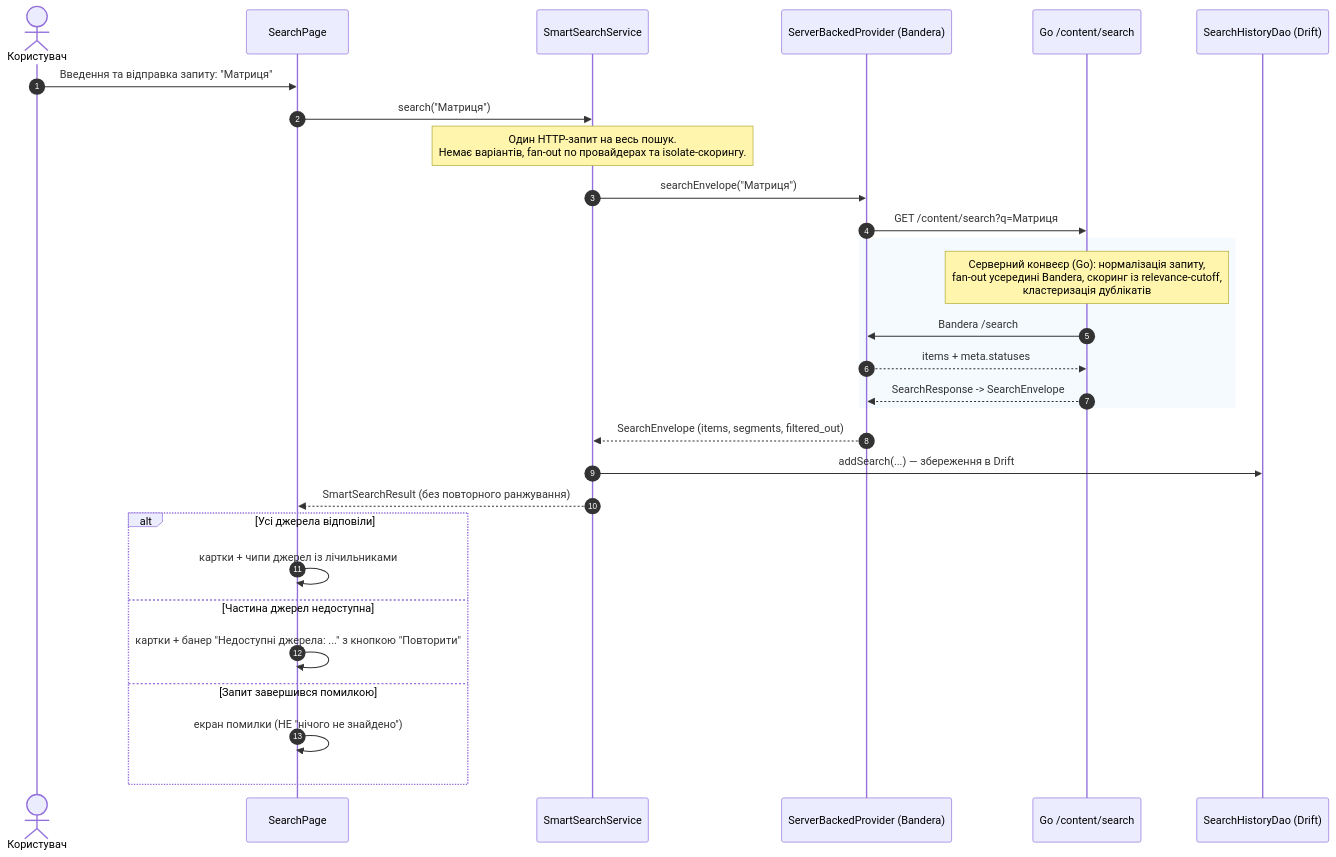
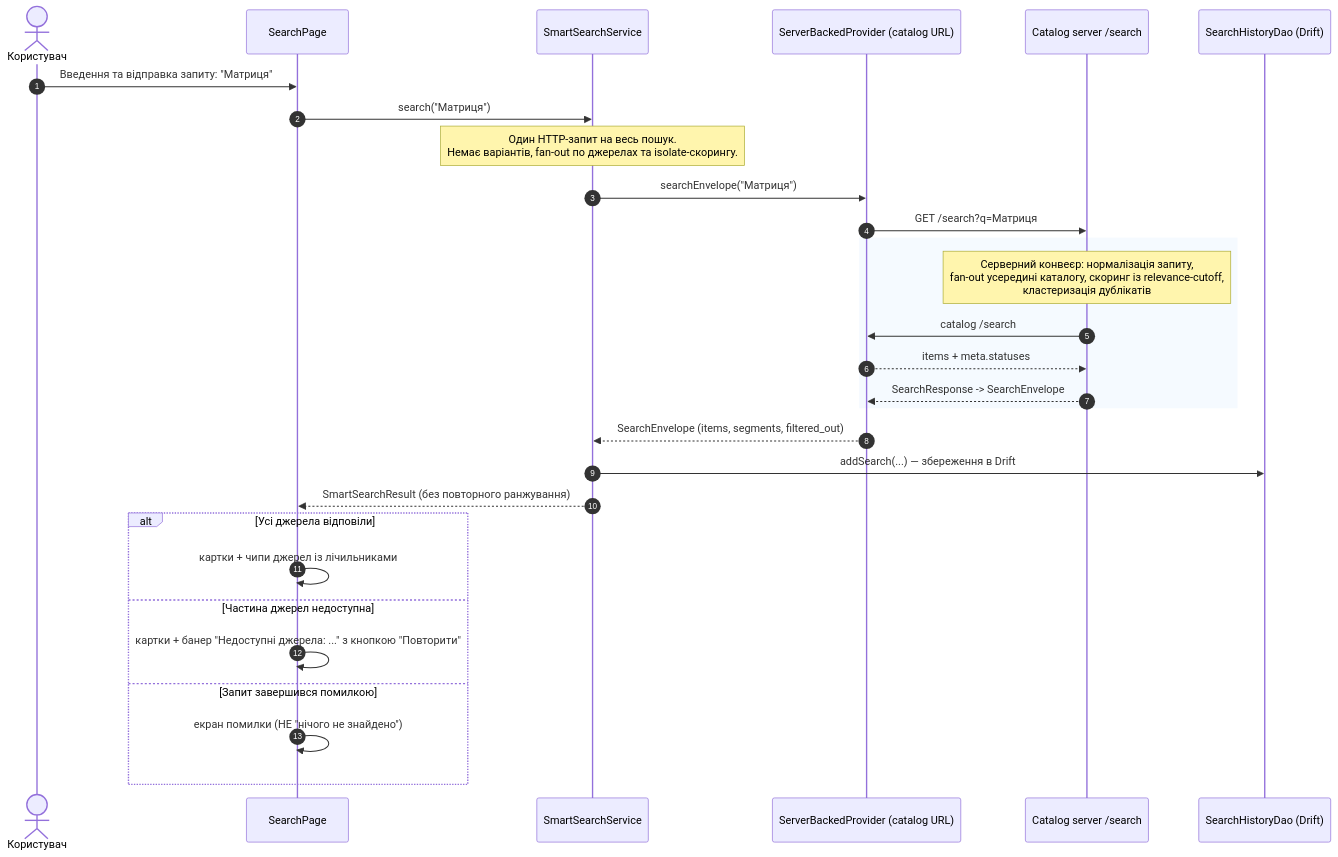
One commit to edhases/kadrbox changed the eighth of 11 diagrams in docs/05_STATE_MANAGEMENT_AND_WORKFLOWS.md. Above: the diagram before and after it, drawn with Mermaid. The commit also changed other lines of this file and 17 other files, not shown here.

````diff
--- a/docs/05_STATE_MANAGEMENT_AND_WORKFLOWS.md
+++ b/docs/05_STATE_MANAGEMENT_AND_WORKFLOWS.md
@@ -442,37 +431,37 @@
 ```mermaid
 sequenceDiagram
     autonumber
     actor User as Користувач
     participant UI as SearchPage
     participant Smart as SmartSearchService
-    participant Provider as ServerBackedProvider (Bandera)
-    participant API as Go /content/search
+    participant Provider as ServerBackedProvider (catalog URL)
+    participant API as Catalog server /search
     participant DB as SearchHistoryDao (Drift)
 
     User->>UI: Введення та відправка запиту: "Матриця"
     UI->>Smart: search("Матриця")
 
-    note over Smart: Один HTTP-запит на весь пошук.<br/>Немає варіантів, fan-out по провайдерах та isolate-скорингу.
+    note over Smart: Один HTTP-запит на весь пошук.<br/>Немає варіантів, fan-out по джерелах та isolate-скорингу.
 
     Smart->>Provider: searchEnvelope("Матриця")
-    Provider->>API: GET /content/search?q=Матриця
+    Provider->>API: GET /search?q=Матриця
 
     rect rgb(245, 250, 255)
-    note over API: Серверний конвеєр (Go): нормалізація запиту,<br/>fan-out усередині Bandera, скоринг із relevance-cutoff,<br/>кластеризація дублікатів
-    API->>Provider: Bandera /search
+    note over API: Серверний конвеєр: нормалізація запиту,<br/>fan-out усередині каталогу, скоринг із relevance-cutoff,<br/>кластеризація дублікатів
+    API->>Provider: catalog /search
     Provider-->>API: items + meta.statuses
     API-->>Provider: SearchResponse -> SearchEnvelope
     end
 
     Provider-->>Smart: SearchEnvelope (items, segments, filtered_out)
     Smart->>DB: addSearch(...) — збереження в Drift
     Smart-->>UI: SmartSearchResult (без повторного ранжування)
 
     alt Усі джерела відповіли
         UI->>UI: картки + чипи джерел із лічильниками
     else Частина джерел недоступна
         UI->>UI: картки + банер "Недоступні джерела: ..." з кнопкою "Повторити"
     else Запит завершився помилкою
         UI->>UI: екран помилки (НЕ "нічого не знайдено")
     end
 ```
````
